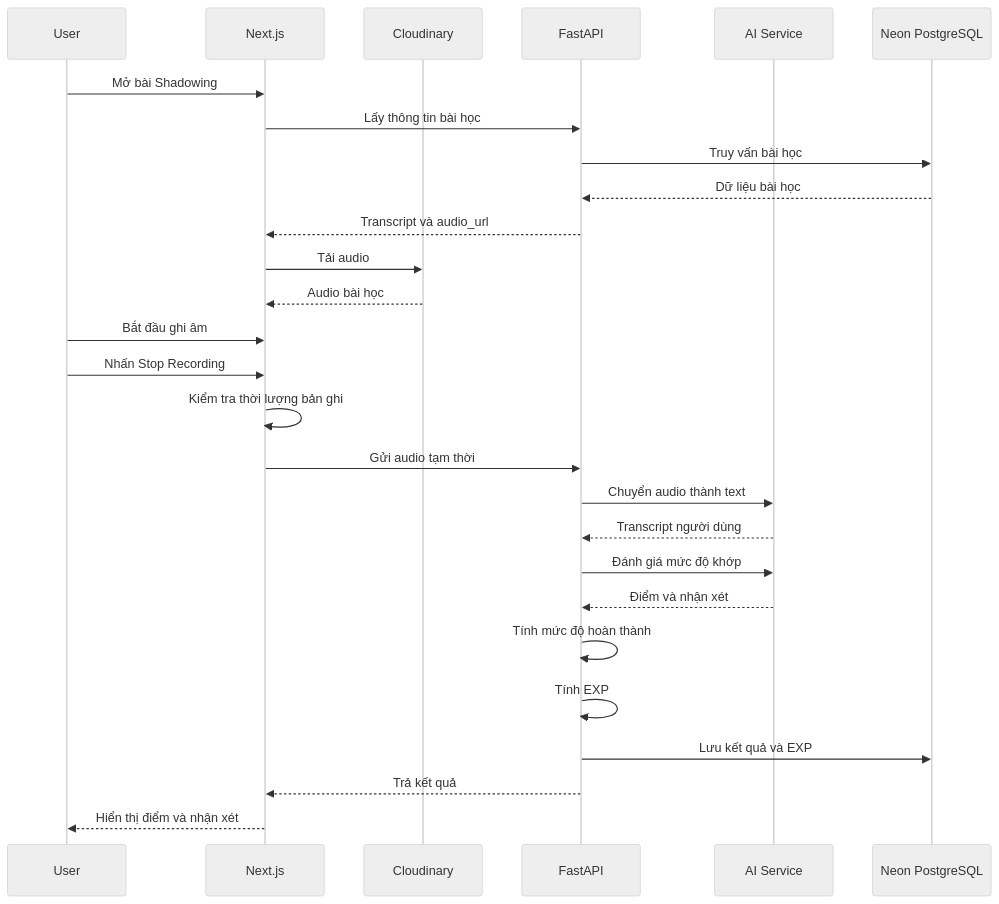
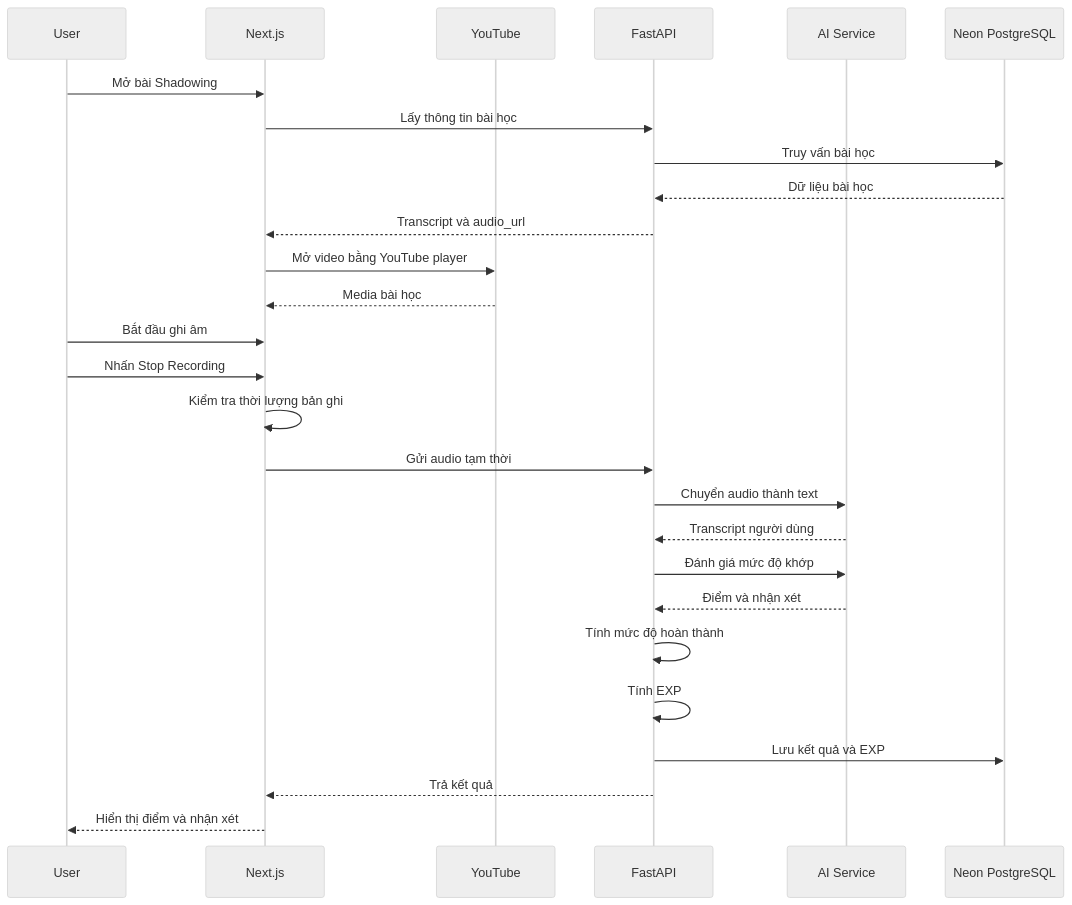
The third of 6 diagrams in docs/04-architecture.md (mrthinh307/kaiwa-up), drawn with Mermaid (neutral theme) before and after one commit. The commit also changed other lines of this file and 6 other files, not shown here.

Commit message:
refactor(docs): update audio source references from Cloudinary to YouTube

````diff
--- a/docs/04-architecture.md
+++ b/docs/04-architecture.md
@@ -438,49 +440,49 @@
 ```mermaid
 sequenceDiagram
     participant U as User
     participant FE as Next.js
-    participant CL as Cloudinary
+    participant YT as YouTube
     participant BE as FastAPI
     participant AI as AI Service
     participant DB as Neon PostgreSQL
 
     U->>FE: Mở bài Shadowing
 
     FE->>BE: Lấy thông tin bài học
 
     BE->>DB: Truy vấn bài học
 
     DB-->>BE: Dữ liệu bài học
 
     BE-->>FE: Transcript và audio_url
 
-    FE->>CL: Tải audio
+    FE->>YT: Mở video bằng YouTube player
 
-    CL-->>FE: Audio bài học
+    YT-->>FE: Media bài học
 
     U->>FE: Bắt đầu ghi âm
 
     U->>FE: Nhấn Stop Recording
 
     FE->>FE: Kiểm tra thời lượng bản ghi
 
     FE->>BE: Gửi audio tạm thời
 
     BE->>AI: Chuyển audio thành text
 
     AI-->>BE: Transcript người dùng
 
     BE->>AI: Đánh giá mức độ khớp
 
     AI-->>BE: Điểm và nhận xét
 
     BE->>BE: Tính mức độ hoàn thành
 
     BE->>BE: Tính EXP
 
     BE->>DB: Lưu kết quả và EXP
 
     BE-->>FE: Trả kết quả
 
     FE-->>U: Hiển thị điểm và nhận xét
 ```
````
